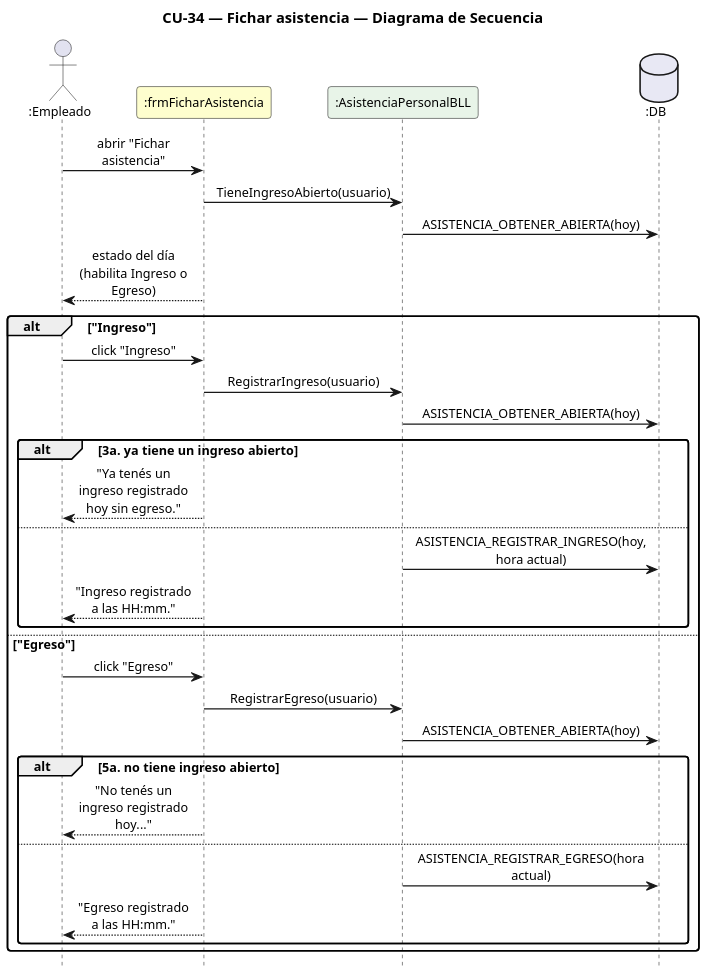
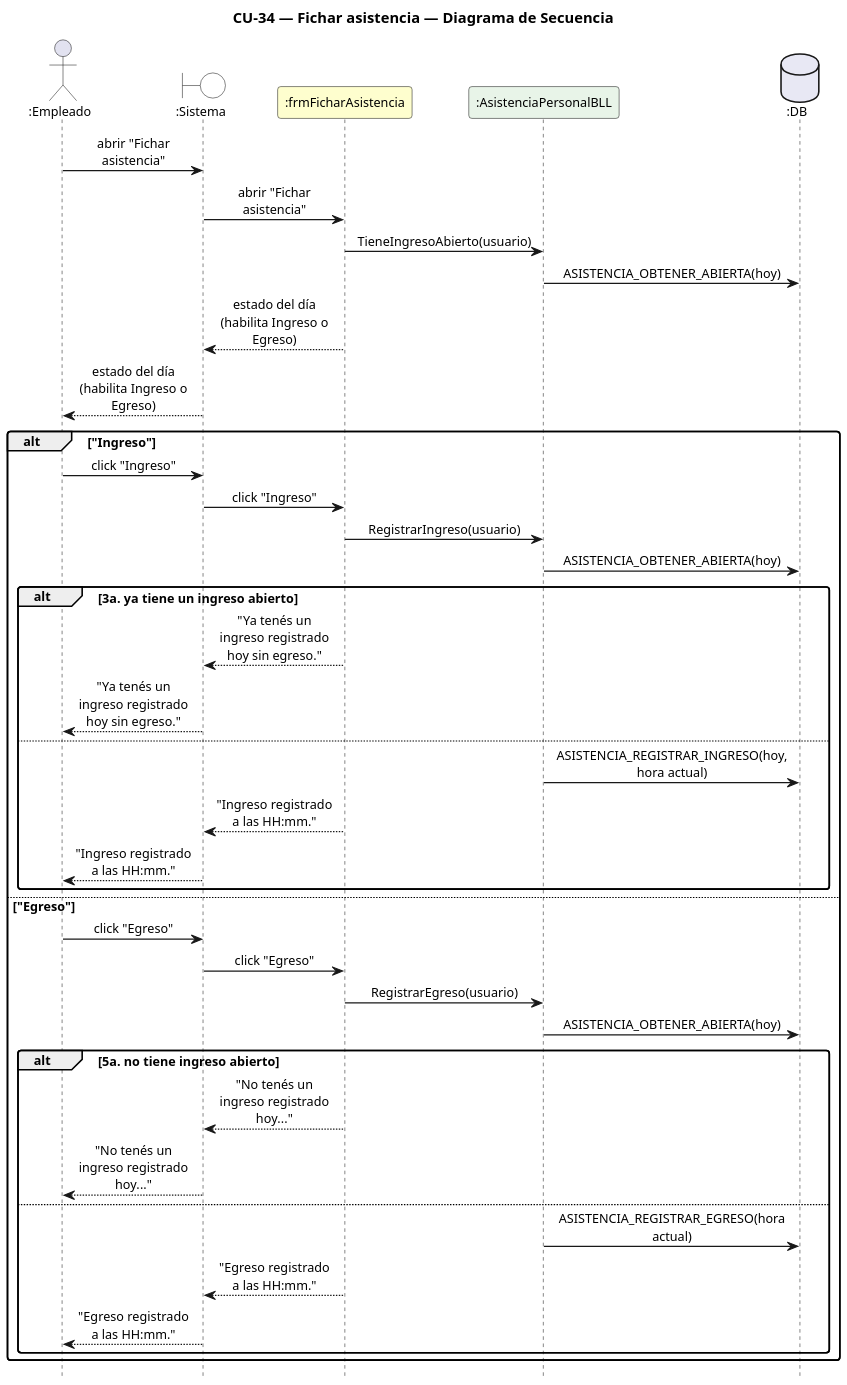
Before and after one commit to Urrels/ingenieria_software: the diagram in DIAGRAMAS/DiagramaSecuencia_CU34_FicharAsistencia.puml, drawn with PlantUML. The commit also changed 78 other files, not shown here.

First line of the commit message:
Diagramas de secuencia: carril :Sistema entre el actor y las clases

```diff
--- a/DIAGRAMAS/DiagramaSecuencia_CU34_FicharAsistencia.puml
+++ b/DIAGRAMAS/DiagramaSecuencia_CU34_FicharAsistencia.puml
@@ -1,47 +1,56 @@
 @startuml DiagramaSecuencia_CU34_FicharAsistencia
 
 title CU-34 — Fichar asistencia — Diagrama de Secuencia
 
 skinparam shadowing false
 skinparam roundcorner 6
 skinparam sequenceArrowThickness 1.2
 skinparam ParticipantPadding 6
 skinparam BoxPadding 4
 skinparam maxMessageSize 115
 skinparam sequenceMessageAlign center
 skinparam defaultFontSize 12
 skinparam dpi 140
 hide footbox
 
 actor ":Empleado" as E
+boundary ":Sistema" as SYS #FFFFFF
 participant ":frmFicharAsistencia" as F #FEFECE
 participant ":AsistenciaPersonalBLL" as AB #E8F4E8
 database ":DB" as DB #E8E8F4
 
-E -> F : abrir "Fichar asistencia"
+E -> SYS : abrir "Fichar asistencia"
+SYS -> F : abrir "Fichar asistencia"
 F -> AB : TieneIngresoAbierto(usuario)
 AB -> DB : ASISTENCIA_OBTENER_ABIERTA(hoy)
-F --> E : estado del día (habilita Ingreso o Egreso)
+F --> SYS : estado del día (habilita Ingreso o Egreso)
+SYS --> E : estado del día (habilita Ingreso o Egreso)
 alt "Ingreso"
-  E -> F : click "Ingreso"
+  E -> SYS : click "Ingreso"
+  SYS -> F : click "Ingreso"
   F -> AB : RegistrarIngreso(usuario)
   AB -> DB : ASISTENCIA_OBTENER_ABIERTA(hoy)
   alt 3a. ya tiene un ingreso abierto
-    F --> E : "Ya tenés un ingreso registrado hoy sin egreso."
+    F --> SYS : "Ya tenés un ingreso registrado hoy sin egreso."
+    SYS --> E : "Ya tenés un ingreso registrado hoy sin egreso."
   else
     AB -> DB : ASISTENCIA_REGISTRAR_INGRESO(hoy, hora actual)
-    F --> E : "Ingreso registrado a las HH:mm."
+    F --> SYS : "Ingreso registrado a las HH:mm."
+    SYS --> E : "Ingreso registrado a las HH:mm."
   end
 else "Egreso"
-  E -> F : click "Egreso"
+  E -> SYS : click "Egreso"
+  SYS -> F : click "Egreso"
   F -> AB : RegistrarEgreso(usuario)
   AB -> DB : ASISTENCIA_OBTENER_ABIERTA(hoy)
   alt 5a. no tiene ingreso abierto
-    F --> E : "No tenés un ingreso registrado hoy..."
+    F --> SYS : "No tenés un ingreso registrado hoy..."
+    SYS --> E : "No tenés un ingreso registrado hoy..."
   else
     AB -> DB : ASISTENCIA_REGISTRAR_EGRESO(hora actual)
-    F --> E : "Egreso registrado a las HH:mm."
+    F --> SYS : "Egreso registrado a las HH:mm."
+    SYS --> E : "Egreso registrado a las HH:mm."
   end
 end
 
 @enduml
```
